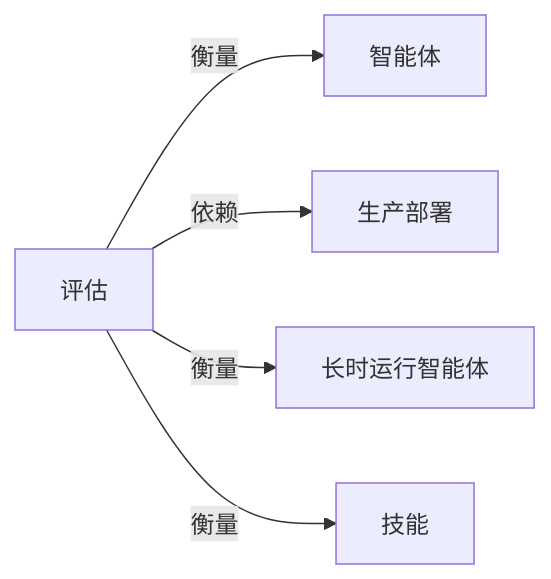
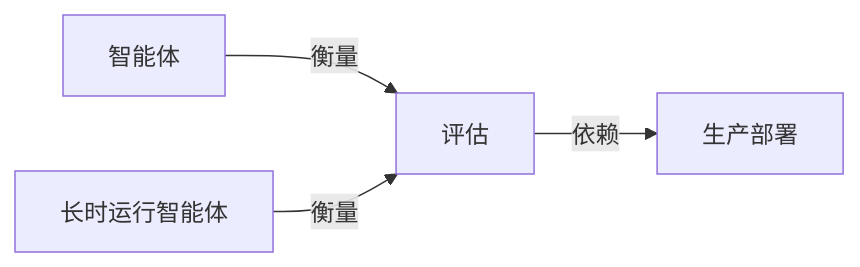
The diagram in wiki/评估.md (yibie/claude-best-practices-zh), drawn with Mermaid before and after one commit. The commit also changed other lines of this file and 407 other files, not shown here.

Commit message:
feat: DeepSeek 三遍审校（译文/关系/图谱）+ 可部署静态站点

````diff
--- a/wiki/评估.md
+++ b/wiki/评估.md
@@ -46,8 +46,7 @@
 ```mermaid
 graph LR
   C["评估"]
-  C -->|衡量| N0["智能体"]
+  N0["智能体"] -->|衡量| C
   C -->|依赖| N1["生产部署"]
-  C -->|衡量| N2["长时运行智能体"]
-  C -->|衡量| N3["技能"]
+  N2["长时运行智能体"] -->|衡量| C
 ```
````
